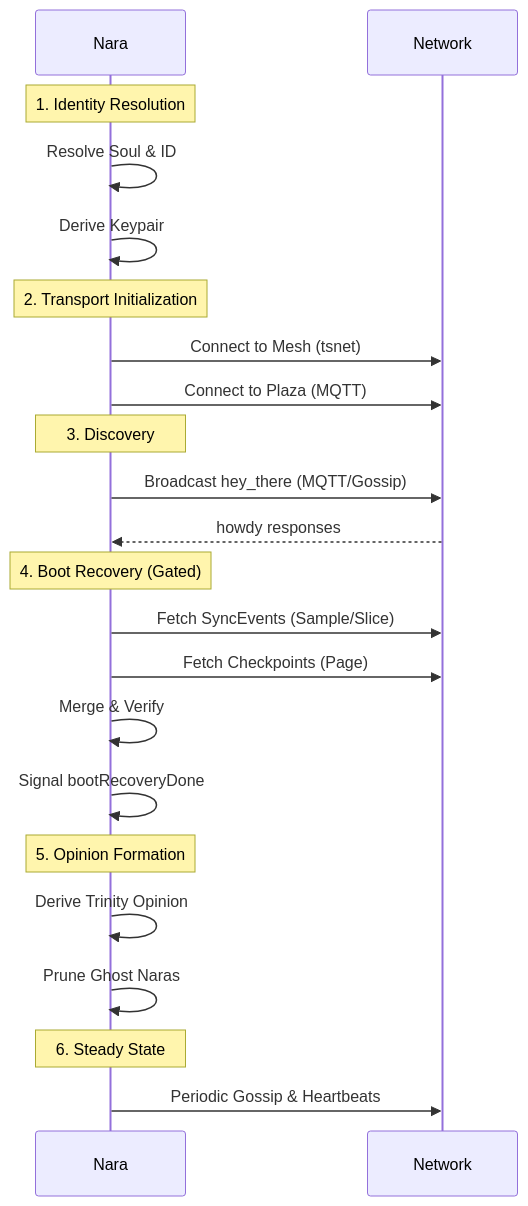
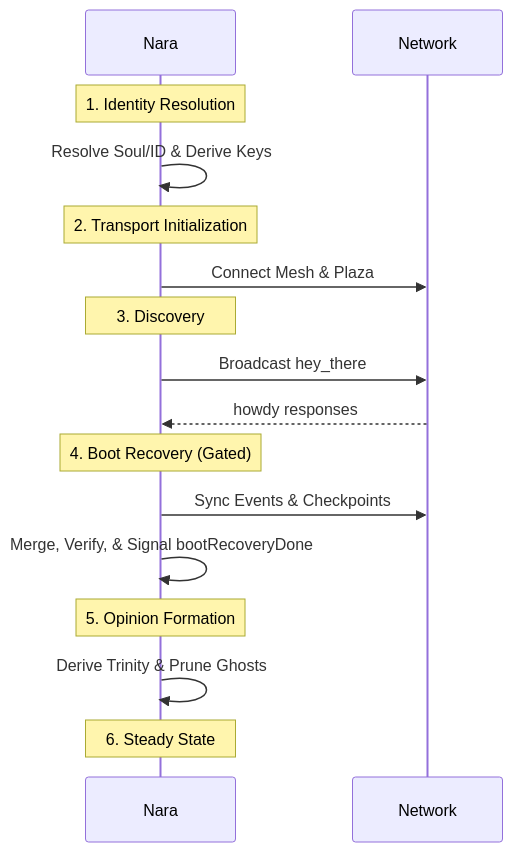
Before and after one commit to eljojo/nara: the diagram in docs/src/content/docs/spec/boot-sequence.md, drawn with Mermaid. The commit also changed other lines of this file and 25 other files, not shown here.

````diff
--- a/docs/src/content/docs/spec/boot-sequence.md
+++ b/docs/src/content/docs/spec/boot-sequence.md
@@ -32,24 +26,18 @@
 ```mermaid
 sequenceDiagram
     participant Nara
     participant Network
     Note over Nara: 1. Identity Resolution
-    Nara->>Nara: Resolve Soul & ID
-    Nara->>Nara: Derive Keypair
+    Nara->>Nara: Resolve Soul/ID & Derive Keys
     Note over Nara: 2. Transport Initialization
-    Nara->>Network: Connect to Mesh (tsnet)
-    Nara->>Network: Connect to Plaza (MQTT)
+    Nara->>Network: Connect Mesh & Plaza
     Note over Nara: 3. Discovery
-    Nara->>Network: Broadcast hey_there (MQTT/Gossip)
+    Nara->>Network: Broadcast hey_there
     Network-->>Nara: howdy responses
     Note over Nara: 4. Boot Recovery (Gated)
-    Nara->>Network: Fetch SyncEvents (Sample/Slice)
-    Nara->>Network: Fetch Checkpoints (Page)
-    Nara->>Nara: Merge & Verify
-    Nara->>Nara: Signal bootRecoveryDone
+    Nara->>Network: Sync Events & Checkpoints
+    Nara->>Nara: Merge, Verify, & Signal bootRecoveryDone
     Note over Nara: 5. Opinion Formation
-    Nara->>Nara: Derive Trinity Opinion
-    Nara->>Nara: Prune Ghost Naras
+    Nara->>Nara: Derive Trinity & Prune Ghosts
     Note over Nara: 6. Steady State
-    Nara->>Network: Periodic Gossip & Heartbeats
 ```
````
